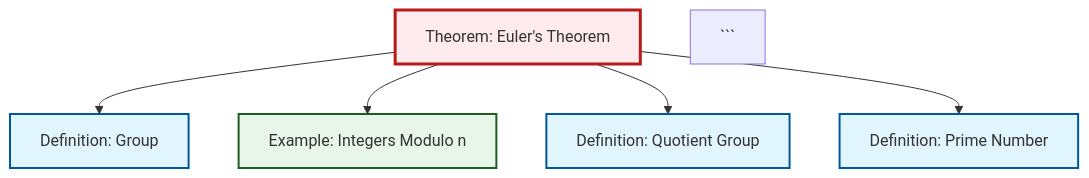
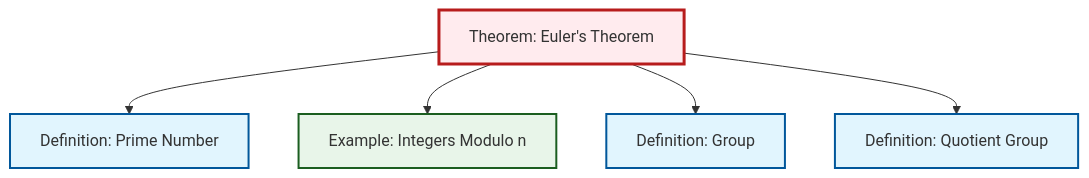
The diagram in output/mermaid/thm-euler.mermaid (RK0429/ModernMath), drawn with Mermaid before and after one commit. The commit also changed 316 other files, not shown here.

````diff
--- a/output/mermaid/thm-euler.mermaid
+++ b/output/mermaid/thm-euler.mermaid
@@ -1,18 +1,17 @@
 %%| fig-cap: "Local dependency graph"
 graph TD
     classDef definition fill:#e1f5fe,stroke:#01579b,stroke-width:2px
     classDef theorem fill:#f3e5f5,stroke:#4a148c,stroke-width:2px
     classDef axiom fill:#fff3e0,stroke:#e65100,stroke-width:2px
     classDef example fill:#e8f5e9,stroke:#1b5e20,stroke-width:2px
     classDef current fill:#ffebee,stroke:#b71c1c,stroke-width:3px
     def-quotient-group["Definition: Quotient Group"]:::definition
+    ex-quotient-integers-mod-n["Example: Integers Modulo n"]:::example
+    def-prime["Definition: Prime Number"]:::definition
     def-group["Definition: Group"]:::definition
-    def-prime["Definition: Prime Number"]:::definition
     thm-euler["Theorem: Euler's Theorem"]:::theorem
-    ex-quotient-integers-mod-n["Example: Integers Modulo n"]:::example
+    thm-euler --> def-prime
+    thm-euler --> ex-quotient-integers-mod-n
     thm-euler --> def-group
-    thm-euler --> ex-quotient-integers-mod-n
     thm-euler --> def-quotient-group
-    thm-euler --> def-prime
     class thm-euler current
-```
````
